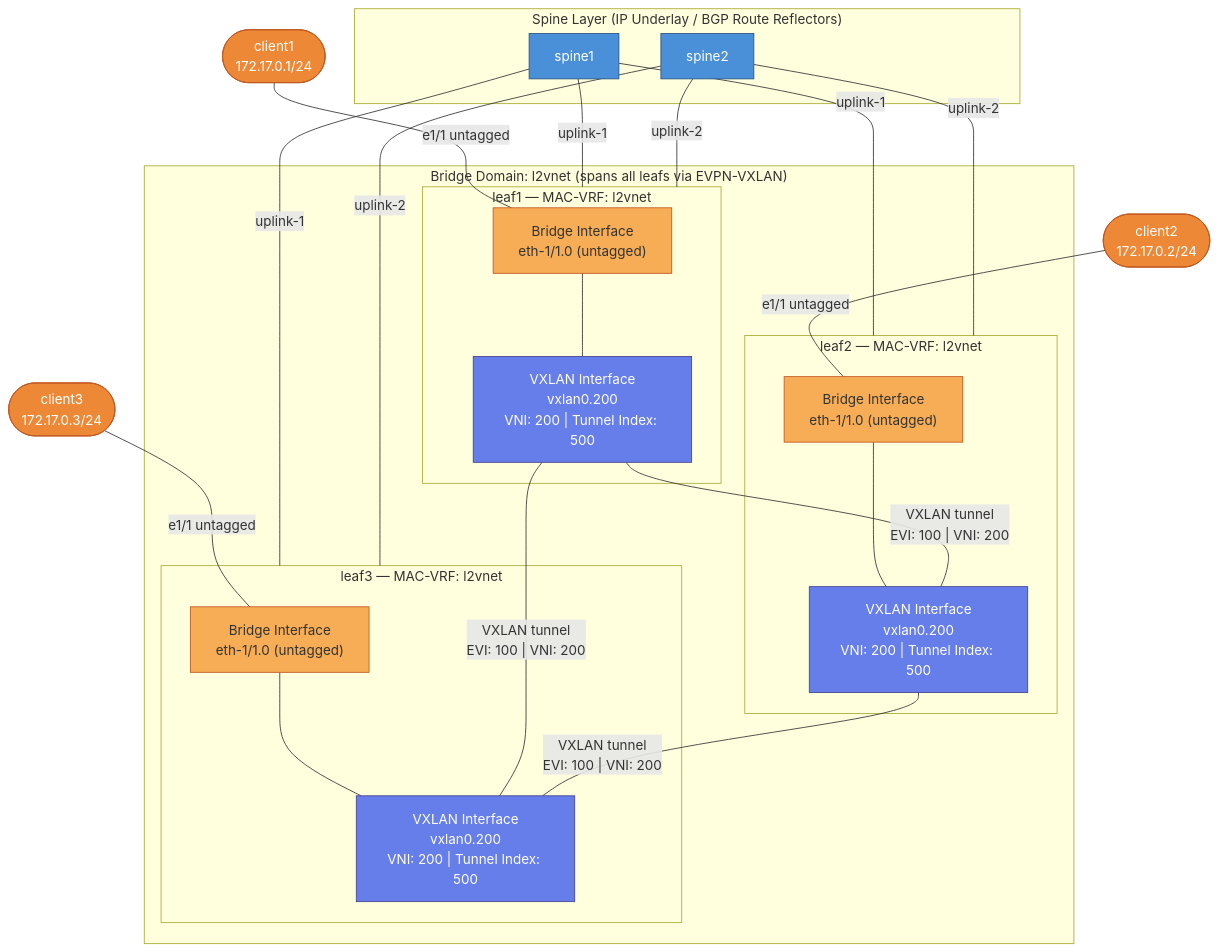
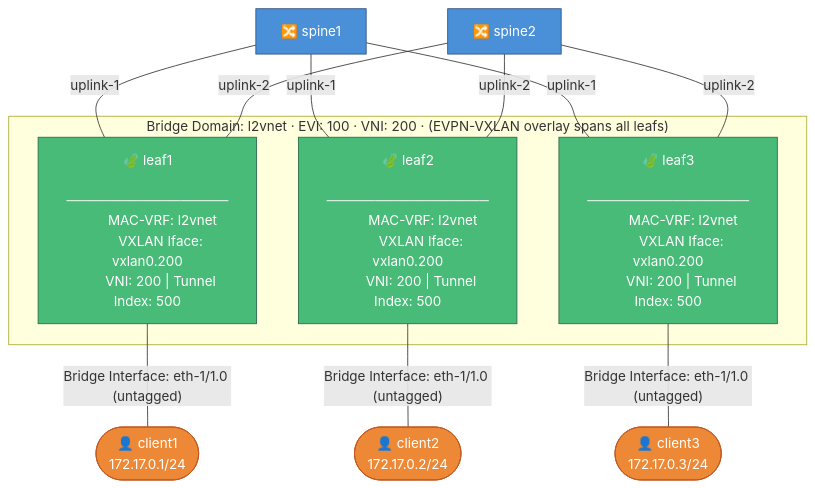
One commit to thcorre/eda-quick-tour changed the first of 2 diagrams in part2-service-overlays.md. Above: the diagram before and after it, drawn with Mermaid.

Commit message:
Fix Service Architecture diagram layout: leafs properly aligned side-by-side using Bridge Domain subgraph
Updated service architecture diagram with enhanced details and visual elements.

````diff
--- a/part2-service-overlays.md
+++ b/part2-service-overlays.md
@@ -89,56 +89,51 @@
 ```mermaid
 graph TD
-    subgraph SPINE_LAYER["Spine Layer (IP Underlay / BGP Route Reflectors)"]
-        spine1[spine1]
-        spine2[spine2]
+    spine1[🔀 spine1]
+    spine2[🔀 spine2]
+
+    subgraph BD["Bridge Domain: l2vnet  ·  EVI: 100  ·  VNI: 200  ·  (EVPN-VXLAN overlay spans all leafs)"]
+        leaf1["🍃 leaf1
+        ─────────────────
+        MAC-VRF: l2vnet
+        VXLAN Iface: vxlan0.200
+        VNI: 200 | Tunnel Index: 500"]
+
+        leaf2["🍃 leaf2
+        ─────────────────
+        MAC-VRF: l2vnet
+        VXLAN Iface: vxlan0.200
+        VNI: 200 | Tunnel Index: 500"]
+
+        leaf3["🍃 leaf3
+        ─────────────────
+        MAC-VRF: l2vnet
+        VXLAN Iface: vxlan0.200
+        VNI: 200 | Tunnel Index: 500"]
     end
 
-    subgraph BD["Bridge Domain: l2vnet (spans all leafs via EVPN-VXLAN)"]
-        subgraph L1["leaf1 — MAC-VRF: l2vnet"]
-            bi1["Bridge Interface\neth-1/1.0 (untagged)"]
-            vx1["VXLAN Interface\nvxlan0.200\nVNI: 200 | Tunnel Index: 500"]
-        end
-        subgraph L2["leaf2 — MAC-VRF: l2vnet"]
-            bi2["Bridge Interface\neth-1/1.0 (untagged)"]
-            vx2["VXLAN Interface\nvxlan0.200\nVNI: 200 | Tunnel Index: 500"]
-        end
-        subgraph L3["leaf3 — MAC-VRF: l2vnet"]
-            bi3["Bridge Interface\neth-1/1.0 (untagged)"]
-            vx3["VXLAN Interface\nvxlan0.200\nVNI: 200 | Tunnel Index: 500"]
-        end
-    end
+    c1(["👤 client1
+    172.17.0.1/24"])
+    c2(["👤 client2
+    172.17.0.2/24"])
+    c3(["👤 client3
+    172.17.0.3/24"])
 
-    c1([client1\n172.17.0.1/24])
-    c2([client2\n172.17.0.2/24])
-    c3([client3\n172.17.0.3/24])
+    spine1 ---|uplink-1| leaf1
+    spine1 ---|uplink-1| leaf2
+    spine1 ---|uplink-1| leaf3
+    spine2 ---|uplink-2| leaf1
+    spine2 ---|uplink-2| leaf2
+    spine2 ---|uplink-2| leaf3
 
-    spine1 ---|uplink-1| L1
-    spine1 ---|uplink-1| L2
-    spine1 ---|uplink-1| L3
-    spine2 ---|uplink-2| L1
-    spine2 ---|uplink-2| L2
-    spine2 ---|uplink-2| L3
-
-    bi1 --- vx1
-    bi2 --- vx2
-    bi3 --- vx3
-
-    vx1 ---|"VXLAN tunnel\nEVI: 100 | VNI: 200"| vx2
-    vx1 ---|"VXLAN tunnel\nEVI: 100 | VNI: 200"| vx3
-    vx2 ---|"VXLAN tunnel\nEVI: 100 | VNI: 200"| vx3
-
-    c1 ---|e1/1 untagged| bi1
-    c2 ---|e1/1 untagged| bi2
-    c3 ---|e1/1 untagged| bi3
+    leaf1 ---|"Bridge Interface: eth-1/1.0 (untagged)"| c1
+    leaf2 ---|"Bridge Interface: eth-1/1.0 (untagged)"| c2
+    leaf3 ---|"Bridge Interface: eth-1/1.0 (untagged)"| c3
 
     classDef spine fill:#4a90d9,color:#fff,stroke:#2c5282
-    classDef macvrf fill:#48bb78,color:#fff,stroke:#276749
-    classDef vxlan fill:#667eea,color:#fff,stroke:#434190
-    classDef bridge fill:#f6ad55,color:#333,stroke:#c05621
+    classDef leaf fill:#48bb78,color:#fff,stroke:#276749
     classDef client fill:#ed8936,color:#fff,stroke:#c05621
 
     class spine1,spine2 spine
-    class bi1,bi2,bi3 bridge
-    class vx1,vx2,vx3 vxlan
+    class leaf1,leaf2,leaf3 leaf
     class c1,c2,c3 client
 ```
````
